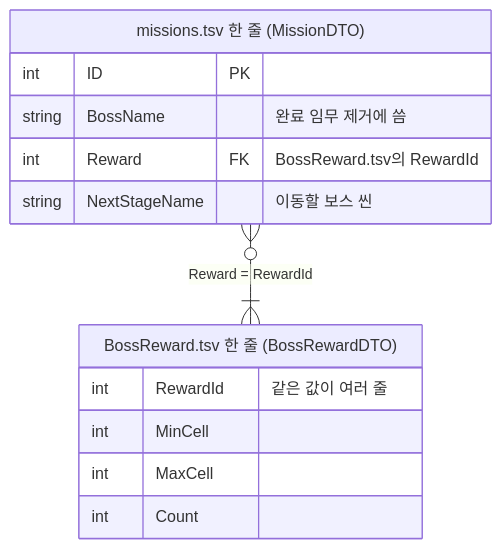
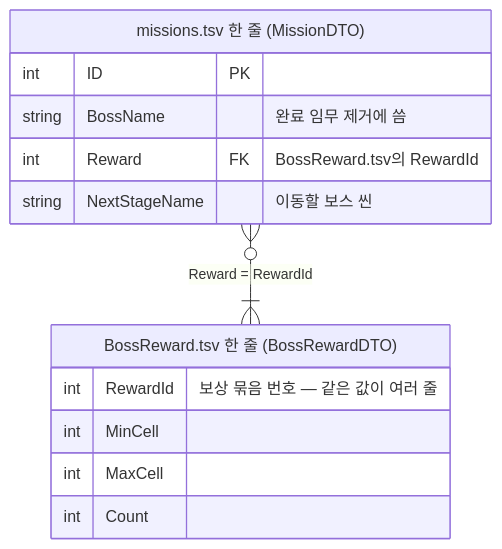
One commit to keeeery/portfolio changed the tenth of 15 diagrams in src/1-ODDITY/TechDoc_ODDITY.md. Above: the diagram before and after it, drawn with Mermaid. The commit also changed other lines of this file and 12 other files, not shown here.

````diff
--- a/src/1-ODDITY/TechDoc_ODDITY.md
+++ b/src/1-ODDITY/TechDoc_ODDITY.md
@@ -949,16 +971,16 @@
 ```mermaid
 erDiagram
     MissionDTO["missions.tsv 한 줄 (MissionDTO)"] {
         int ID PK
         string BossName "완료 임무 제거에 씀"
         int Reward FK "BossReward.tsv의 RewardId"
         string NextStageName "이동할 보스 씬"
     }
     BossRewardDTO["BossReward.tsv 한 줄 (BossRewardDTO)"] {
-        int RewardId "같은 값이 여러 줄"
+        int RewardId "보상 묶음 번호 — 같은 값이 여러 줄"
         int MinCell
         int MaxCell
         int Count
     }
     MissionDTO }o--|{ BossRewardDTO : "Reward = RewardId"
 ```
````
